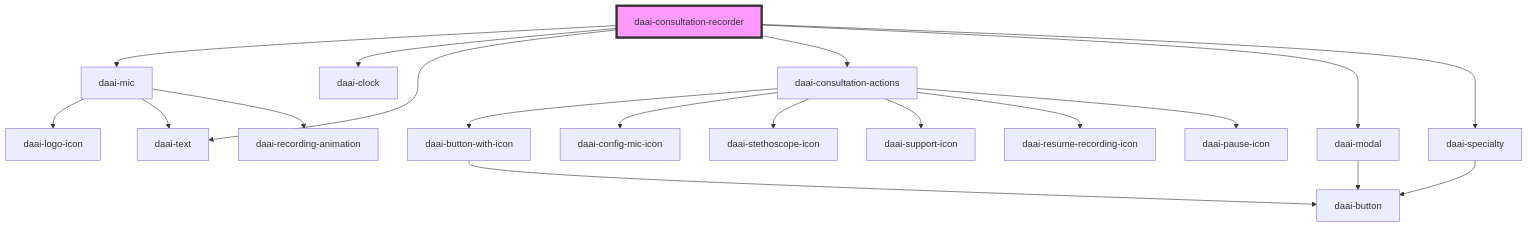
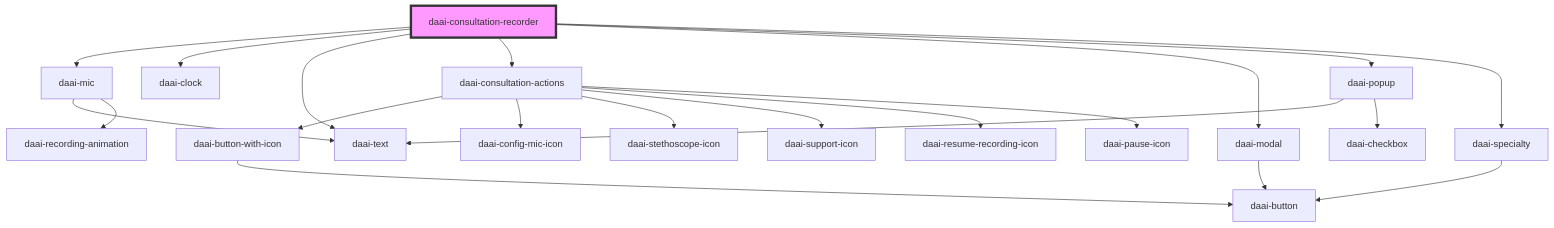
One commit to doctor-assistant/web-components changed the diagram in src/components/templates/daai-consultation-recorder/readme.md. Above: the diagram before and after it, drawn with Mermaid. The commit also changed other lines of this file and 23 other files, not shown here.

Commit message:
feat: :sparkles: daai-recorder settings

````diff
--- a/src/components/templates/daai-consultation-recorder/readme.md
+++ b/src/components/templates/daai-consultation-recorder/readme.md
@@ -32,22 +34,24 @@
 ```mermaid
 graph TD;
   daai-consultation-recorder --> daai-mic
   daai-consultation-recorder --> daai-clock
   daai-consultation-recorder --> daai-text
   daai-consultation-recorder --> daai-consultation-actions
   daai-consultation-recorder --> daai-modal
+  daai-consultation-recorder --> daai-popup
   daai-consultation-recorder --> daai-specialty
-  daai-mic --> daai-logo-icon
   daai-mic --> daai-text
   daai-mic --> daai-recording-animation
   daai-consultation-actions --> daai-button-with-icon
   daai-consultation-actions --> daai-config-mic-icon
   daai-consultation-actions --> daai-stethoscope-icon
   daai-consultation-actions --> daai-support-icon
   daai-consultation-actions --> daai-resume-recording-icon
   daai-consultation-actions --> daai-pause-icon
   daai-button-with-icon --> daai-button
   daai-modal --> daai-button
+  daai-popup --> daai-text
+  daai-popup --> daai-checkbox
   daai-specialty --> daai-button
   style daai-consultation-recorder fill:#f9f,stroke:#333,stroke-width:4px
 ```
````
